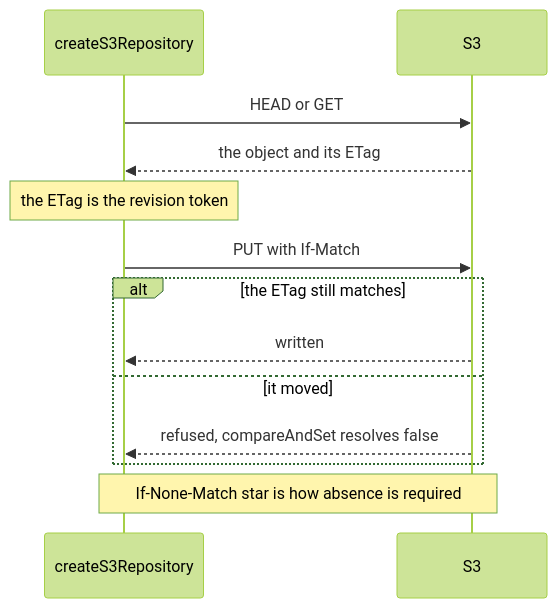
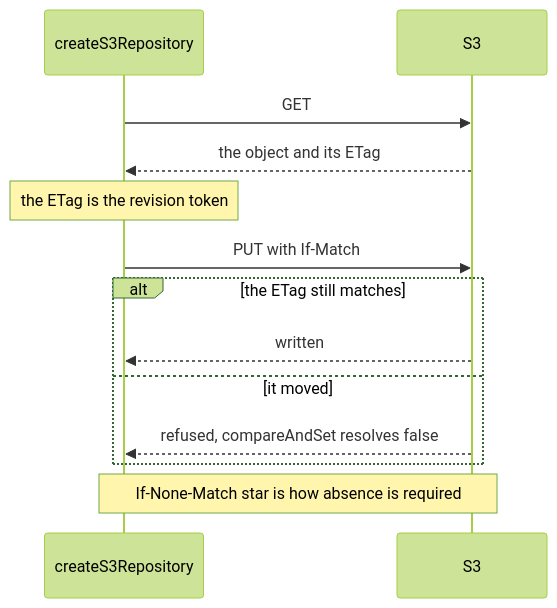
One commit to yingyeothon/tslib changed the diagram in packages/repository-s3/README.md. Above: the diagram before and after it, drawn with Mermaid (forest theme). The commit also changed 27 other files, not shown here.

````diff
--- a/packages/repository-s3/README.md
+++ b/packages/repository-s3/README.md
@@ -7,15 +7,15 @@
 ```mermaid
 sequenceDiagram
   participant R as createS3Repository
   participant S as S3
-  R->>S: HEAD or GET
+  R->>S: GET
   S-->>R: the object and its ETag
   Note over R: the ETag is the revision token
   R->>S: PUT with If-Match
   alt the ETag still matches
     S-->>R: written
   else it moved
     S-->>R: refused, compareAndSet resolves false
   end
   Note over R,S: If-None-Match star is how absence is required
 ```
````
